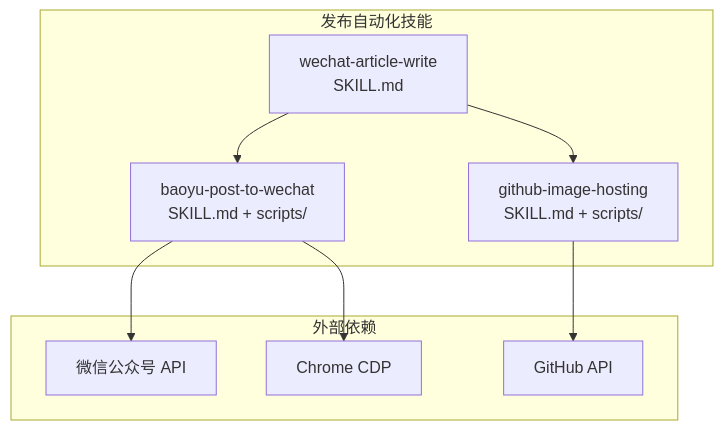
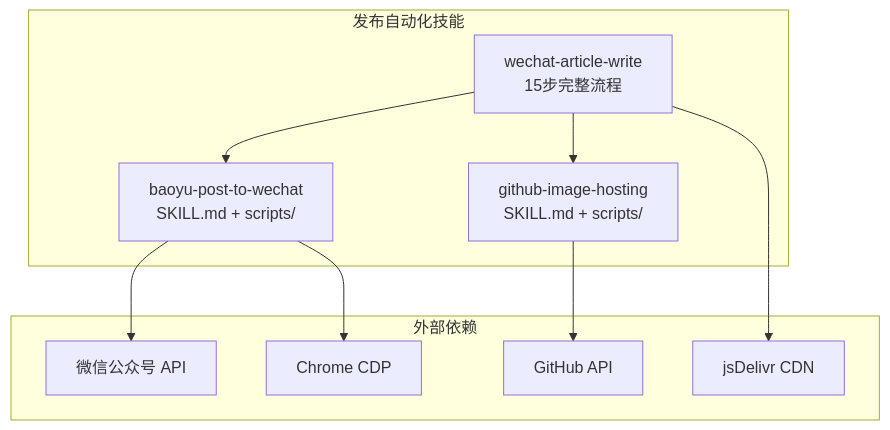
Before and after one commit to NTLx/ntlx.github.io: the first of 6 diagrams in .qoder/repowiki/zh/content/AI 技能系统/发布自动化技能/发布自动化技能.md, drawn with Mermaid. The commit also changed other lines of this file and 8 other files, not shown here.

````diff
--- a/.qoder/repowiki/zh/content/AI 技能系统/发布自动化技能/发布自动化技能.md
+++ b/.qoder/repowiki/zh/content/AI 技能系统/发布自动化技能/发布自动化技能.md
@@ -47,18 +65,20 @@
 ```mermaid
 graph TB
 subgraph "发布自动化技能"
-A["baoyu-post-to-wechat<br/>SKILL.md + scripts/"]
-B["wechat-article-write<br/>SKILL.md"]
+A["wechat-article-write<br/>15步完整流程"]
+B["baoyu-post-to-wechat<br/>SKILL.md + scripts/"]
 C["github-image-hosting<br/>SKILL.md + scripts/"]
 end
 subgraph "外部依赖"
 D["微信公众号 API"]
 E["GitHub API"]
 F["Chrome CDP"]
+G["jsDelivr CDN"]
 end
-B --> A
-B --> C
-A --> D
-A --> F
+A --> B
+A --> C
+B --> D
+B --> F
 C --> E
+A --> G
 ```
````
